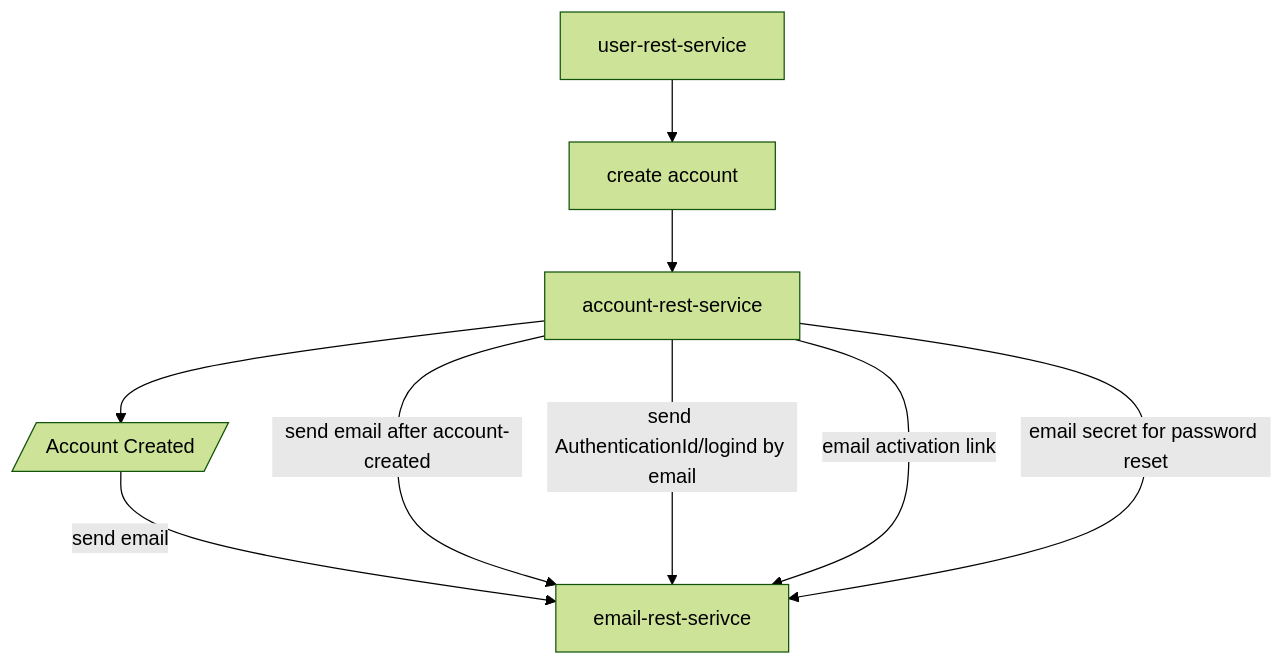
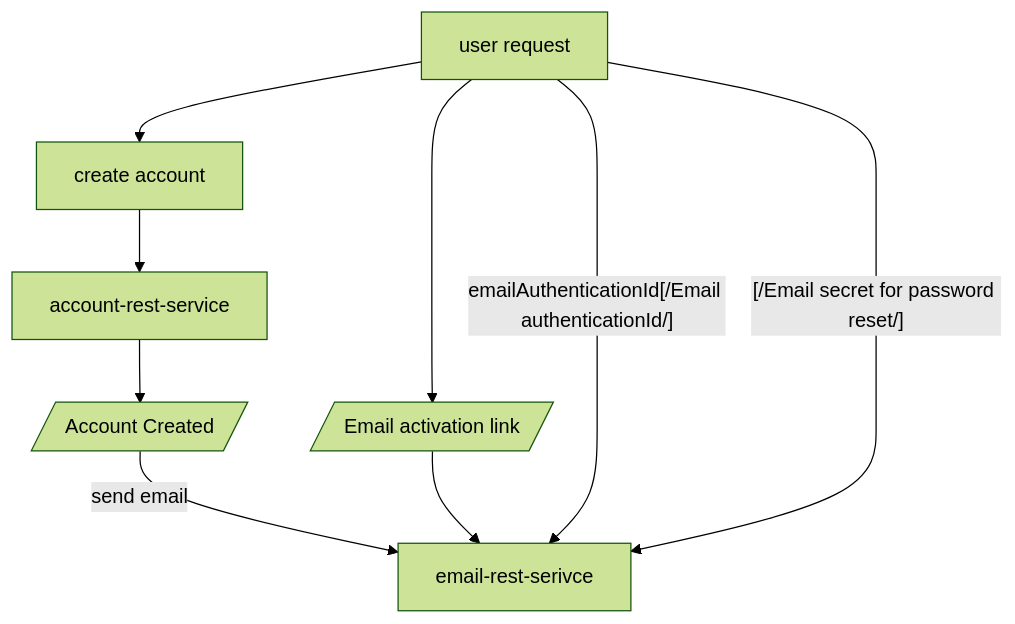
One commit to sonamsamdupkhangsar/email-rest-service changed the diagram in README.md. Above: the diagram before and after it, drawn with Mermaid (forest theme).

Commit message:
add mermaidms

````diff
--- a/README.md
+++ b/README.md
@@ -9,10 +9,8 @@
 ```mermaid
 flowchart TD
  User[user-rest-service] --> create[create account] -->Account[account-rest-service]
  Account-->accountCreated[/Account Created/]--"send email"--> email[email-rest-serivce]
- 
- Account[account-rest-service] --"send email after account-created"--> email[email-rest-serivce]
- Account --"send AuthenticationId/logind by email"--> email
- Account --"email activation link"-->email
- Account --"email secret for password reset" -->email
+ User[user request] -->emailActivationLink[/Email activation link/]-->email 
+ User --emailAuthenticationId[/Email authenticationId/]--> email
+ User --[/Email secret for password reset/] -->email
 ```
````
